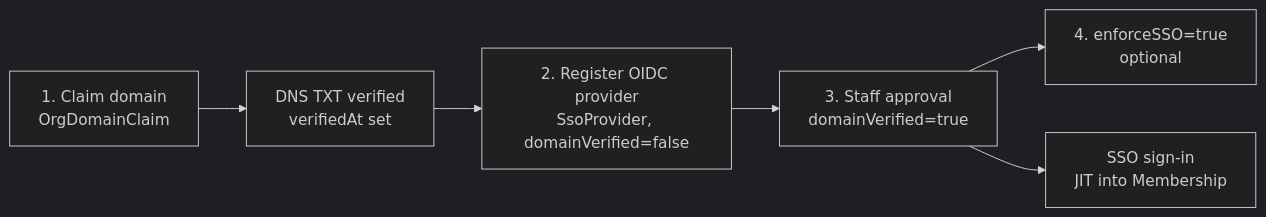
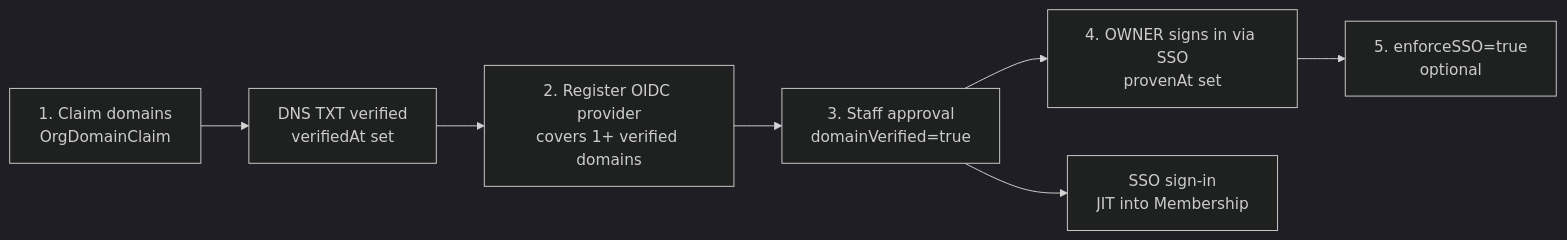
One commit to Practitionist/familiarise_web changed the diagram in docs/enterprise/20-iam-and-security/01-sso-and-authentication.md. Above: the diagram before and after it, drawn with Mermaid (dark theme). The commit also changed other lines of this file and 533 other files, not shown here.

````diff
--- a/docs/enterprise/20-iam-and-security/01-sso-and-authentication.md
+++ b/docs/enterprise/20-iam-and-security/01-sso-and-authentication.md
@@ -24,8 +27,9 @@
 ```mermaid
 flowchart LR
-  CLAIM["1. Claim domain<br/>OrgDomainClaim"] --> VERIFY["DNS TXT verified<br/>verifiedAt set"]
-  VERIFY --> PROVIDER["2. Register OIDC provider<br/>SsoProvider, domainVerified=false"]
+  CLAIM["1. Claim domains<br/>OrgDomainClaim"] --> VERIFY["DNS TXT verified<br/>verifiedAt set"]
+  VERIFY --> PROVIDER["2. Register OIDC provider<br/>covers 1+ verified domains"]
   PROVIDER --> APPROVE["3. Staff approval<br/>domainVerified=true"]
-  APPROVE --> ENFORCE["4. enforceSSO=true<br/>optional"]
+  APPROVE --> PROVE["4. OWNER signs in via SSO<br/>provenAt set"]
+  PROVE --> ENFORCE["5. enforceSSO=true<br/>optional"]
   APPROVE --> JIT["SSO sign-in<br/>JIT into Membership"]
 ```
````
